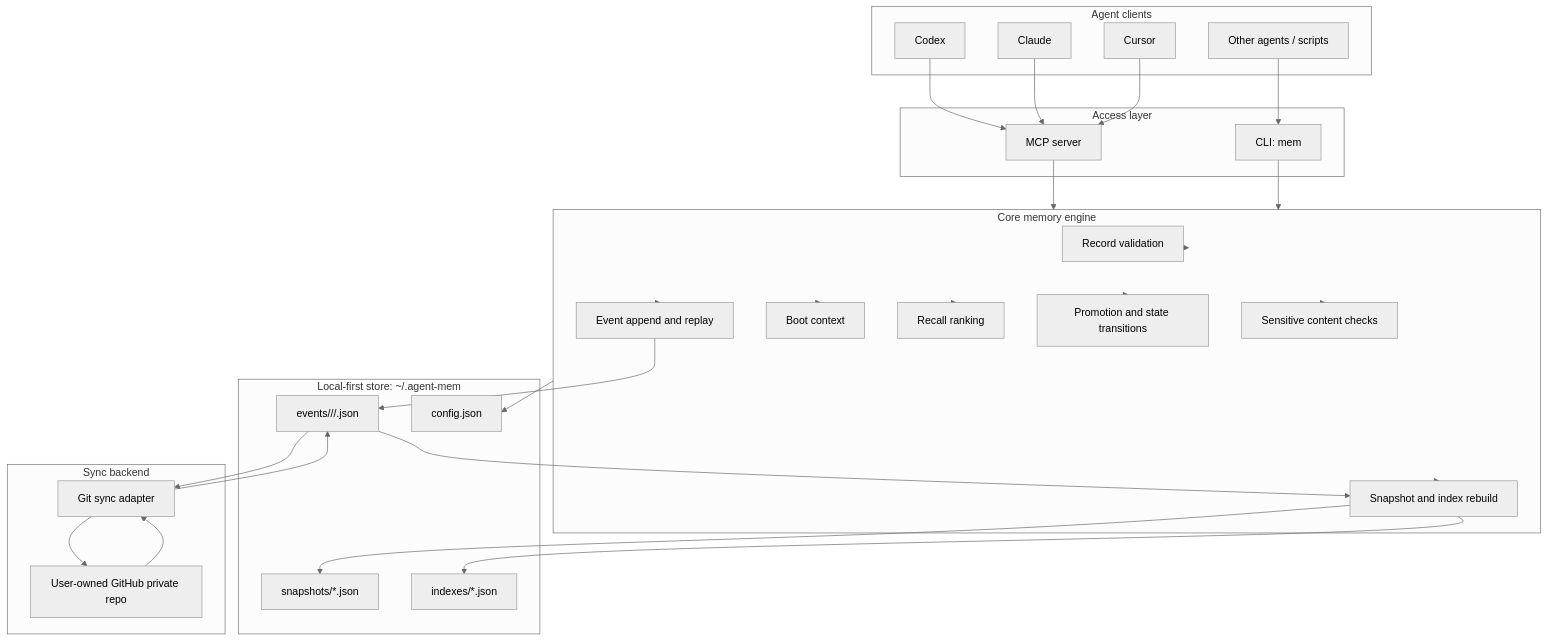
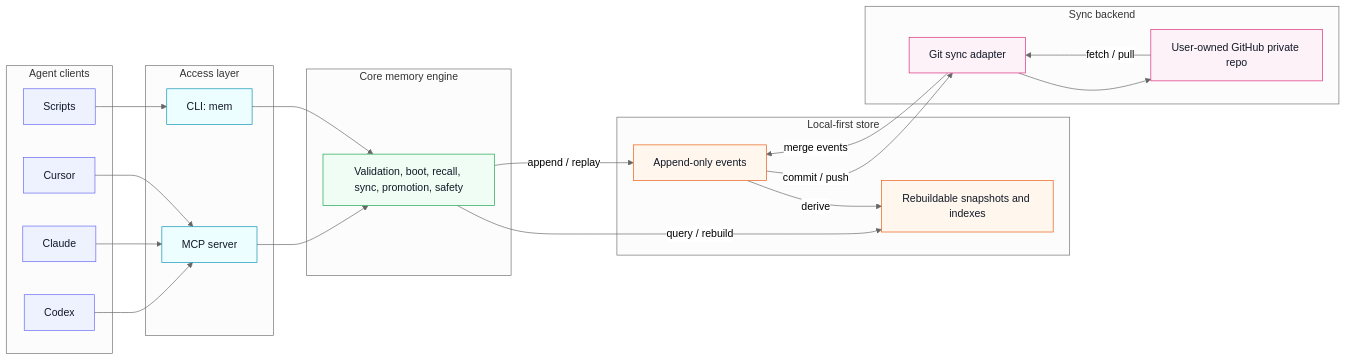
One commit to Richardyu114/Memora changed the diagram in docs/superpowers/specs/2026-05-27-memora-design.md. Above: the diagram before and after it, drawn with Mermaid (neutral theme).

Commit message:
Improve rendered architecture diagram

````diff
--- a/docs/superpowers/specs/2026-05-27-memora-design.md
+++ b/docs/superpowers/specs/2026-05-27-memora-design.md
@@ -79,63 +79,57 @@
 ```mermaid
-flowchart TB
-  subgraph Agents["Agent clients"]
-    Codex["Codex"]
-    Claude["Claude"]
-    Cursor["Cursor"]
-    Other["Other agents / scripts"]
+flowchart LR
+  subgraph ClientLayer["Agent clients"]
+    A1["Codex"]
+    A2["Claude"]
+    A3["Cursor"]
+    A4["Scripts"]
   end
 
-  subgraph Access["Access layer"]
+  subgraph AccessLayer["Access layer"]
     MCP["MCP server"]
     CLI["CLI: mem"]
   end
 
-  subgraph Core["Core memory engine"]
-    Validate["Record validation"]
-    Events["Event append and replay"]
-    Boot["Boot context"]
-    Recall["Recall ranking"]
-    Promote["Promotion and state transitions"]
-    Safety["Sensitive content checks"]
-    Indexing["Snapshot and index rebuild"]
+  subgraph EngineLayer["Core memory engine"]
+    Engine["Validation, boot, recall, sync, promotion, safety"]
   end
 
-  subgraph Store["Local-first store: ~/.agent-mem"]
-    EventFiles["events/<device_id>/<yyyy-mm>/<event_id>.json"]
-    Snapshots["snapshots/*.json"]
-    Indexes["indexes/*.json"]
-    Config["config.json"]
+  subgraph StoreLayer["Local-first store"]
+    Events["Append-only events"]
+    Derived["Rebuildable snapshots and indexes"]
   end
 
-  subgraph Remote["Sync backend"]
+  subgraph SyncLayer["Sync backend"]
     Git["Git sync adapter"]
     GitHub["User-owned GitHub private repo"]
   end
 
-  Codex --> MCP
-  Claude --> MCP
-  Cursor --> MCP
-  Other --> CLI
+  A1 --> MCP
+  A2 --> MCP
+  A3 --> MCP
+  A4 --> CLI
 
-  MCP --> Core
-  CLI --> Core
+  MCP --> Engine
+  CLI --> Engine
 
-  Core --> Validate
-  Core --> Events
-  Core --> Boot
-  Core --> Recall
-  Core --> Promote
-  Core --> Safety
-  Core --> Indexing
+  Engine -->|"append / replay"| Events
+  Engine -->|"query / rebuild"| Derived
+  Events -->|"derive"| Derived
 
-  Events --> EventFiles
-  Indexing --> Snapshots
-  Indexing --> Indexes
-  Core --> Config
+  Events -->|"commit / push"| Git
+  Git --> GitHub
+  GitHub -->|"fetch / pull"| Git
+  Git -->|"merge events"| Events
 
-  EventFiles --> Git
-  Git --> GitHub
-  GitHub --> Git
-  Git --> EventFiles
-  EventFiles --> Indexing
+  classDef clients fill:#eef2ff,stroke:#6366f1,color:#111827
+  classDef access fill:#ecfeff,stroke:#0891b2,color:#111827
+  classDef engine fill:#f0fdf4,stroke:#16a34a,color:#111827
+  classDef store fill:#fff7ed,stroke:#ea580c,color:#111827
+  classDef sync fill:#fdf2f8,stroke:#db2777,color:#111827
+
+  class A1,A2,A3,A4 clients
+  class MCP,CLI access
+  class Engine engine
+  class Events,Derived store
+  class Git,GitHub sync
 ```
````
